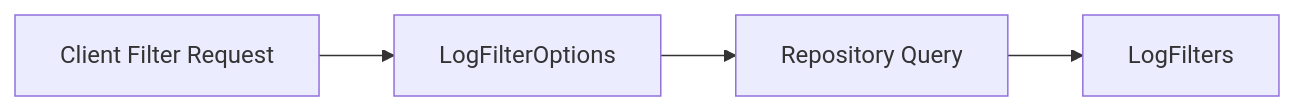
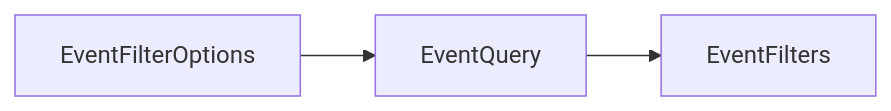
Before and after one commit to flamingo-stack/openframe-oss-lib: the fifth of 10 diagrams in docs/reference/architecture/api-lib-contracts/api-lib-contracts.md, drawn with Mermaid. The commit also changed other lines of this file and 172 other files, not shown here.

````diff
--- a/docs/reference/architecture/api-lib-contracts/api-lib-contracts.md
+++ b/docs/reference/architecture/api-lib-contracts/api-lib-contracts.md
@@ -145,6 +198,5 @@
 ```mermaid
 flowchart LR
-    ClientFilters["Client Filter Request"] --> LogFilterOptions
-    LogFilterOptions --> QueryLayer["Repository Query"]
-    QueryLayer --> LogFilters
+    EventFilterOptionsModel["EventFilterOptions"] --> EventQuery
+    EventQuery --> EventFiltersModel["EventFilters"]
 ```
````
